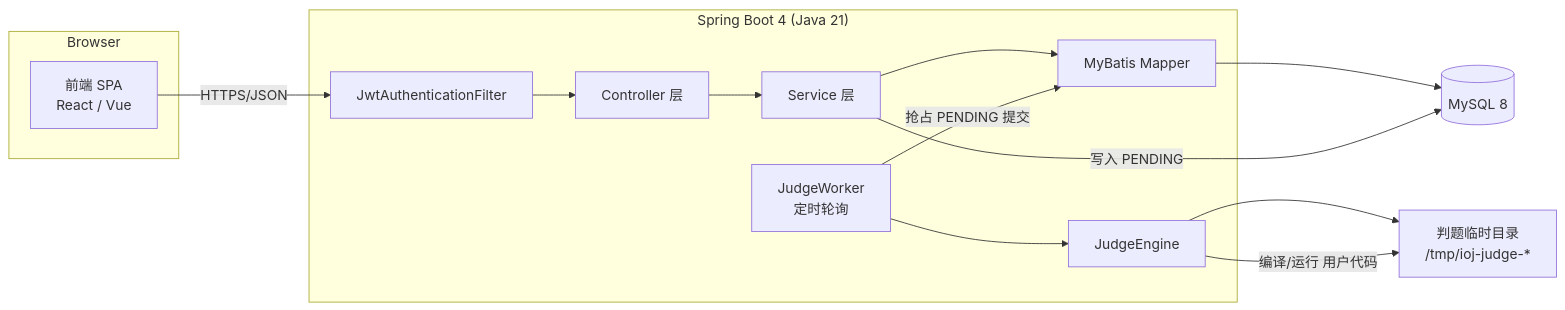
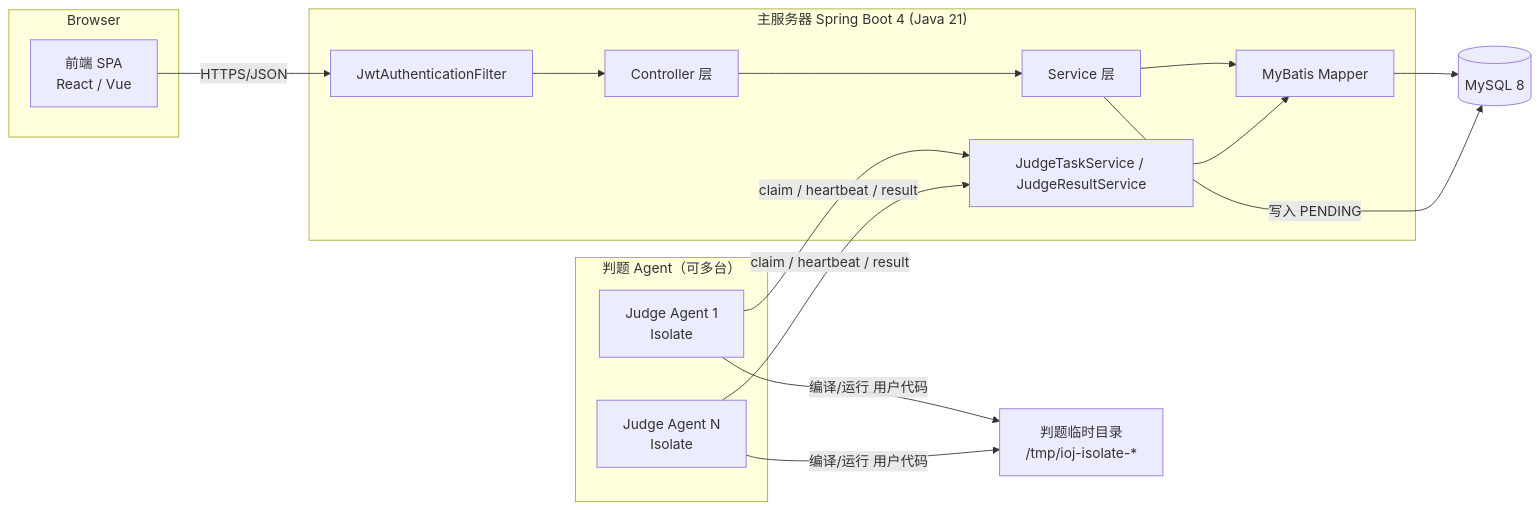
The first of 3 diagrams in docs/server/01-architecture.md (yucccxi/iOJ), drawn with Mermaid before and after one commit. The commit also changed other lines of this file and 139 other files, not shown here.

First line of the commit message:
feat(judge)!: 拆分判题模块并实现分布式判题 Agent

````diff
--- a/docs/server/01-architecture.md
+++ b/docs/server/01-architecture.md
@@ -12,24 +13,30 @@
 ```mermaid
 flowchart LR
     subgraph Browser
         FE[前端 SPA<br/>React / Vue]
     end
 
-    subgraph Server["Spring Boot 4 (Java 21)"]
+    subgraph Server["主服务器 Spring Boot 4 (Java 21)"]
         F[JwtAuthenticationFilter]
         C[Controller 层]
         S[Service 层]
         M[MyBatis Mapper]
-        W[JudgeWorker<br/>定时轮询]
-        E[JudgeEngine]
+        D[JudgeTaskService / JudgeResultService]
+    end
+
+    subgraph Agents["判题 Agent（可多台）"]
+        A1[Judge Agent 1<br/>Isolate]
+        A2[Judge Agent N<br/>Isolate]
     end
 
     DB[(MySQL 8)]
-    TMP[判题临时目录<br/>/tmp/ioj-judge-*]
+    TMP[判题临时目录<br/>/tmp/ioj-isolate-*]
 
     FE -- HTTPS/JSON --> F --> C --> S --> M --> DB
-    W -- 抢占 PENDING 提交 --> M
-    W --> E --> TMP
-    E -- 编译/运行 用户代码 --> TMP
     S -- 写入 PENDING --> DB
+    A1 -- claim / heartbeat / result --> D
+    A2 -- claim / heartbeat / result --> D
+    D --> M
+    A1 -- 编译/运行 用户代码 --> TMP
+    A2 -- 编译/运行 用户代码 --> TMP
 ```
````
